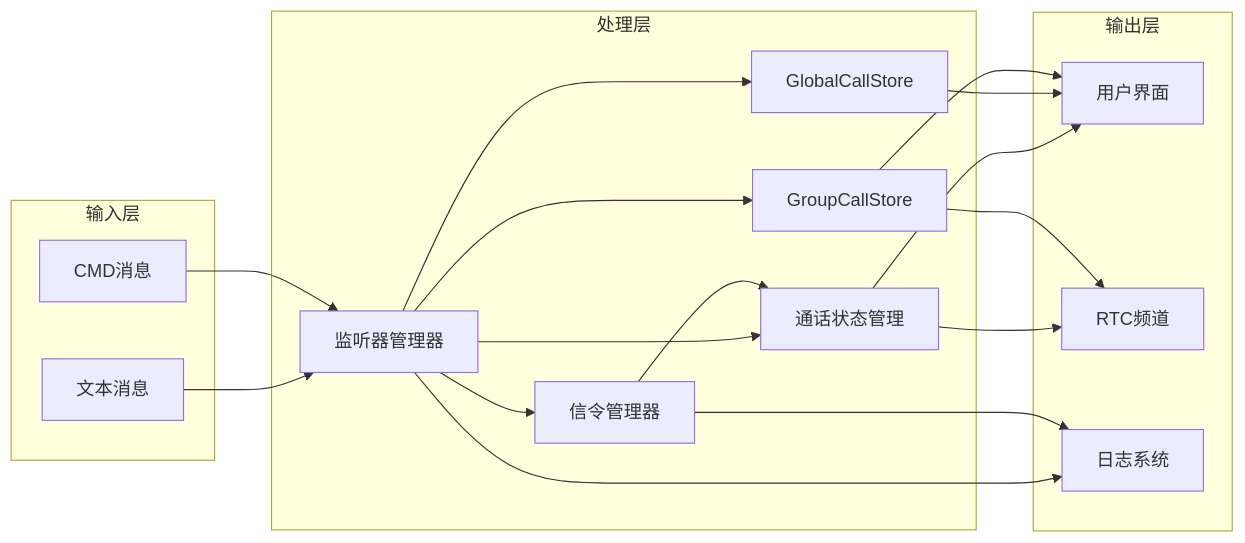
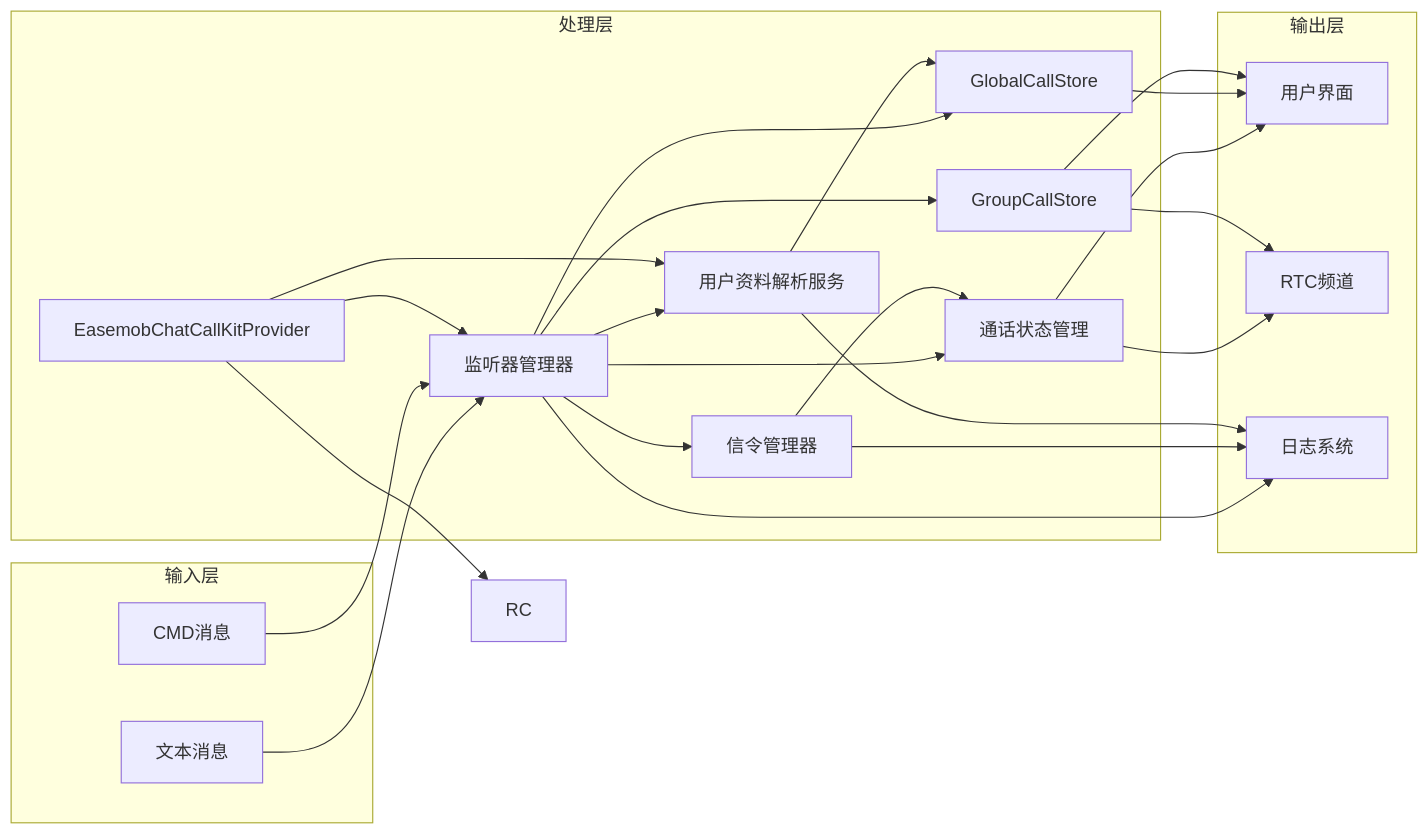
Diagram 21 of 22 in .qoder/repowiki/zh/content/组合式 API/监听器管理 API.md (Easemob-Community/easemob-uikit-callkit-vue3), drawn with Mermaid before and after one commit. The commit also changed other lines of this file and 58 other files, not shown here.

````diff
--- a/.qoder/repowiki/zh/content/组合式 API/监听器管理 API.md
+++ b/.qoder/repowiki/zh/content/组合式 API/监听器管理 API.md
@@ -707,33 +983,41 @@
 ```mermaid
 flowchart LR
 subgraph "输入层"
 TM[文本消息]
 CM[CMD消息]
 end
 subgraph "处理层"
 LM[监听器管理器]
 SM[信令管理器]
+UPS[用户资料解析服务]
 CL[通话状态管理]
 GCS[GlobalCallStore]
 GCS2[GroupCallStore]
+ELM[EasemobChatCallKitProvider]
 end
 subgraph "输出层"
 UI[用户界面]
 RTC[RTC频道]
 LOG[日志系统]
 end
 TM --> LM
 CM --> LM
 LM --> SM
+LM --> UPS
 LM --> CL
 LM --> GCS
 LM --> GCS2
 SM --> CL
+UPS --> GCS
 CL --> UI
 CL --> RTC
 LM --> LOG
 SM --> LOG
+UPS --> LOG
+ELM --> LM
+ELM --> UPS
+ELM --> RC
 GCS --> UI
 GCS2 --> UI
 GCS2 --> RTC
 ```
````
